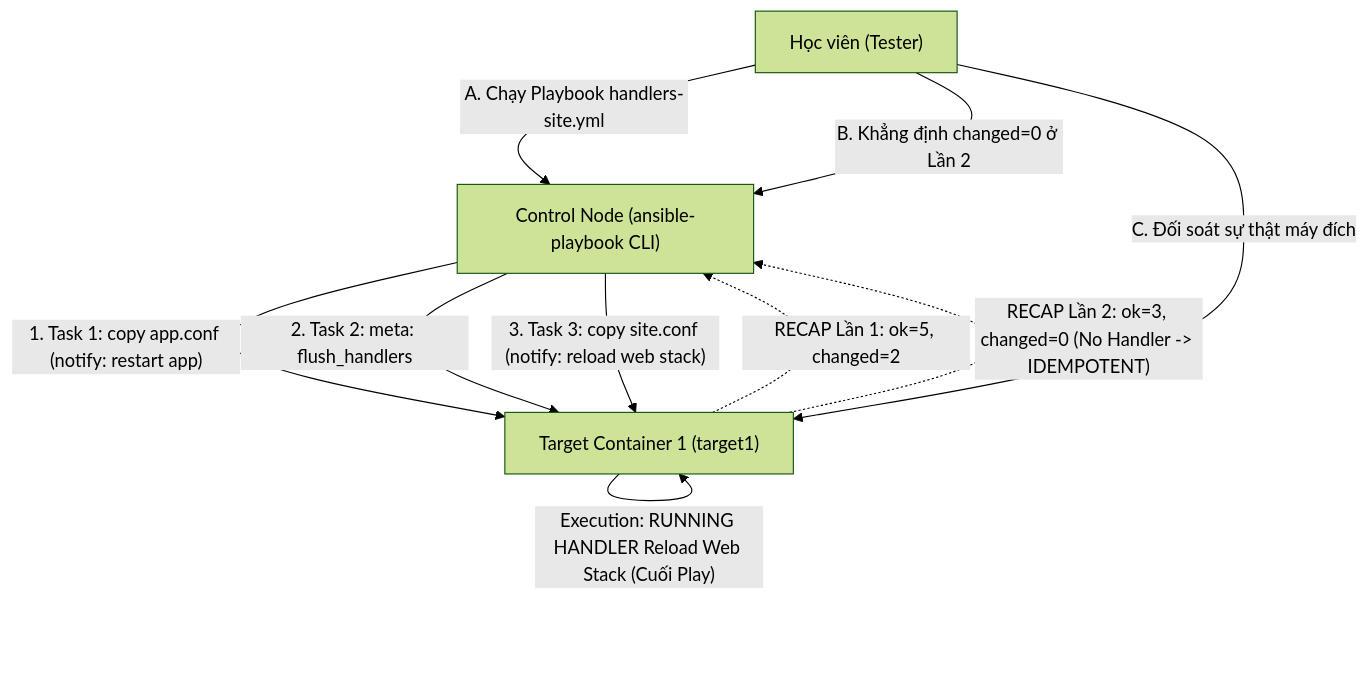
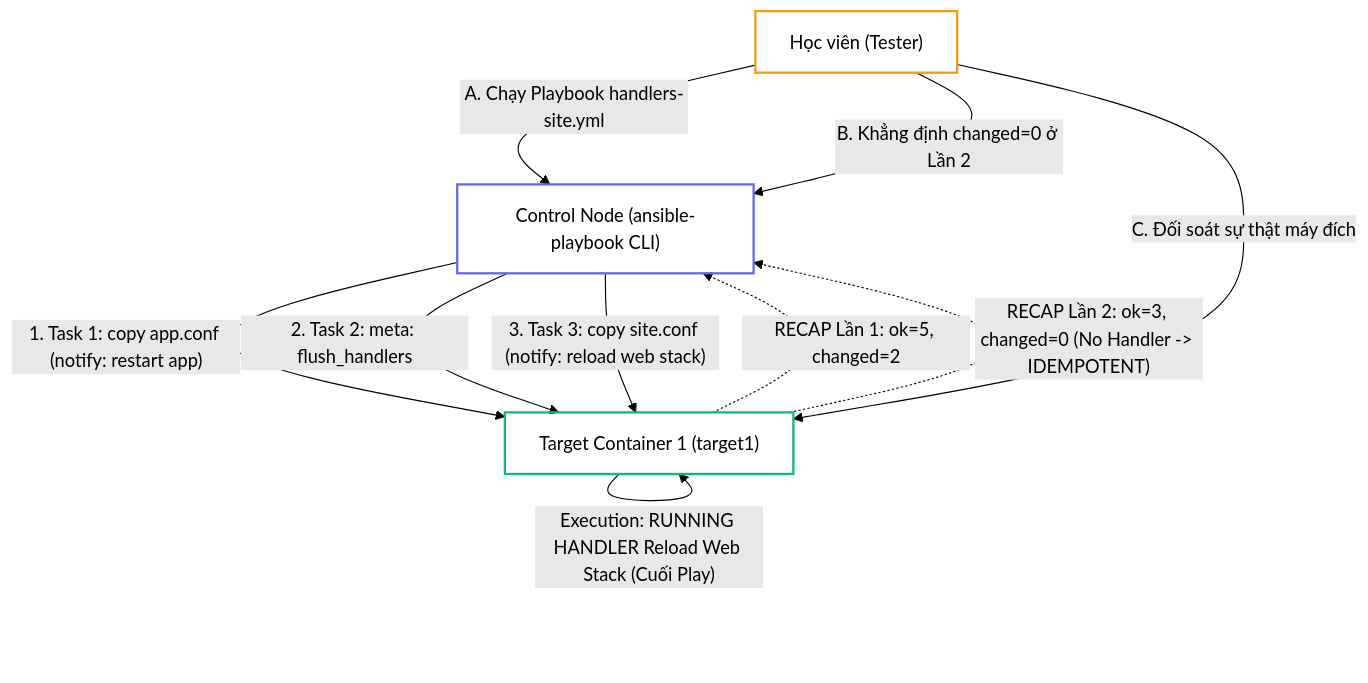
Before and after one commit to kiennt308/ntk: the third of 3 diagrams in _posts/2026-09-13-ansible-11-11-handlers-notify.md, drawn with Mermaid (forest theme). The commit also changed other lines of this file and 30 other files, not shown here.

````diff
--- a/_posts/2026-09-13-ansible-11-11-handlers-notify.md
+++ b/_posts/2026-09-13-ansible-11-11-handlers-notify.md
@@ -498,16 +517,20 @@
 ```mermaid
 graph TD
     SubGraph1["Control Node (ansible-playbook CLI)"] -->|"1. Task 1: copy app.conf (notify: restart app)"| T1["Target Container 1 (target1)"]
     SubGraph1 -->|"2. Task 2: meta: flush_handlers"| T1
     SubGraph1 -->|"3. Task 3: copy site.conf (notify: reload web stack)"| T1
     
     T1 -->|"Execution: RUNNING HANDLER Restart App (Ngay tại Step 2)"| T1
     T1 -->|"Execution: RUNNING HANDLER Reload Web Stack (Cuối Play)"| T1
     
-    T1 -. "RECAP Lần 1: ok=5, changed=2" .-> SubGraph1
-    T1 -. "RECAP Lần 2: ok=3, changed=0 (No Handler -> IDEMPOTENT)" .-> SubGraph1
+    T1 -.->|"RECAP Lần 1: ok=5, changed=2"| SubGraph1
+    T1 -.->|"RECAP Lần 2: ok=3, changed=0 (No Handler -> IDEMPOTENT)"| SubGraph1
     
     DEV["Học viên (Tester)"] -->|"A. Chạy Playbook handlers-site.yml"| SubGraph1
     DEV -->|"B. Khẳng định changed=0 ở Lần 2"| SubGraph1
     DEV -->|"C. Đối soát sự thật máy đích"| T1
+
+    style SubGraph1 fill:none,stroke:#6366f1,stroke-width:2px
+    style T1 fill:none,stroke:#10b981,stroke-width:2px
+    style DEV fill:none,stroke:#f59e0b,stroke-width:2px
 ```
````
